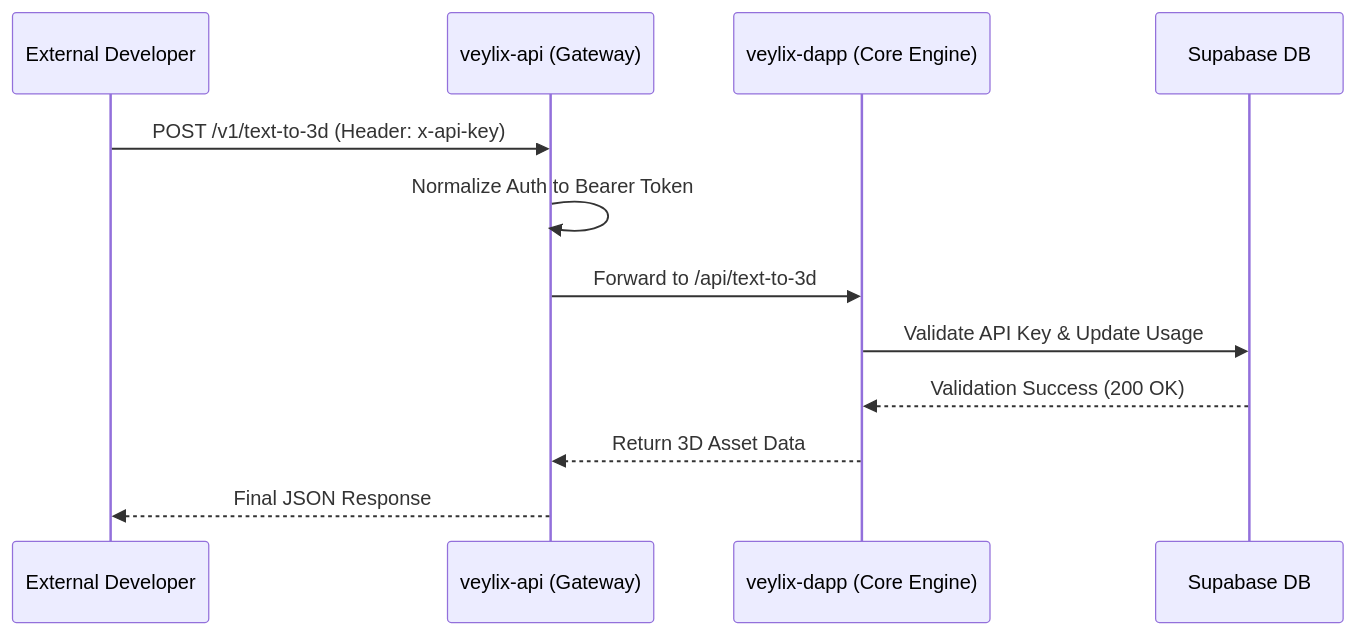
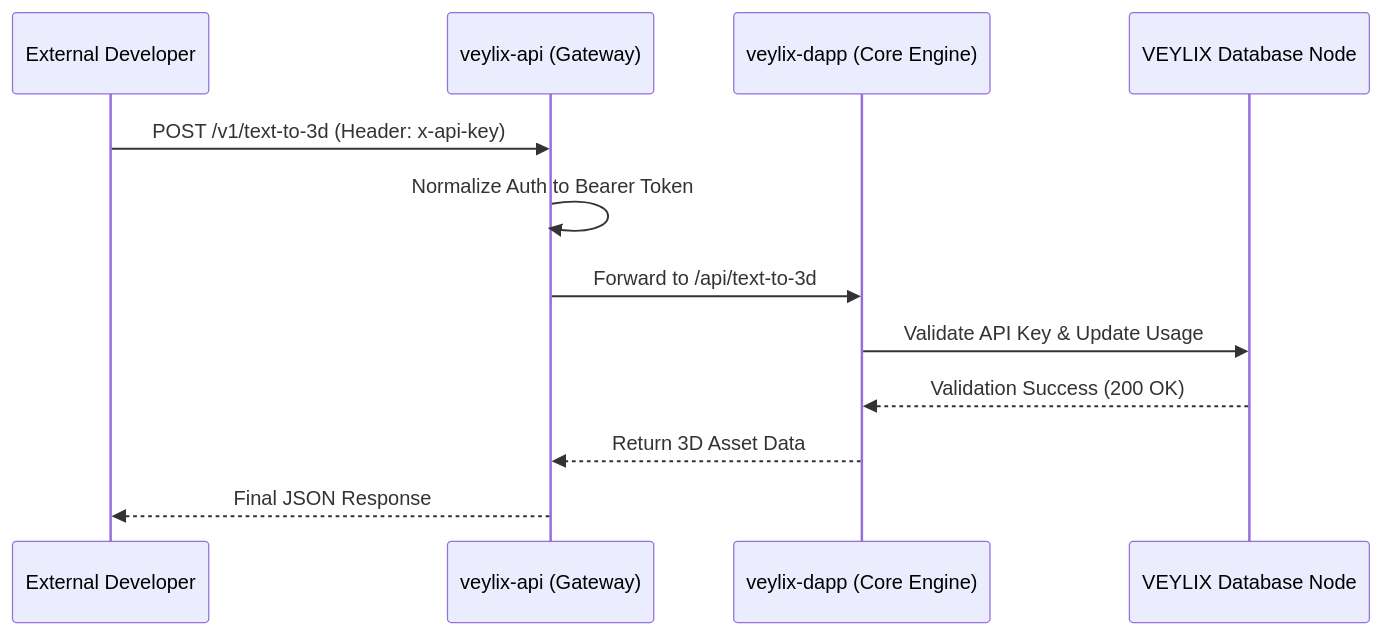
The diagram in README.md (VeylixLabs/veylix-api), drawn with Mermaid before and after one commit.

Commit message:
docs: remove external vendor mentions to maintain white-labeling

````diff
--- a/README.md
+++ b/README.md
@@ -36,15 +36,15 @@
 ```mermaid
 sequenceDiagram
     participant Client as External Developer
     participant Gateway as veylix-api (Gateway)
     participant DApp as veylix-dapp (Core Engine)
-    participant DB as Supabase DB
+    participant DB as VEYLIX Database Node
 
     Client->>Gateway: POST /v1/text-to-3d (Header: x-api-key)
     Gateway->>Gateway: Normalize Auth to Bearer Token
     Gateway->>DApp: Forward to /api/text-to-3d
     DApp->>DB: Validate API Key & Update Usage
     DB-->>DApp: Validation Success (200 OK)
     DApp-->>Gateway: Return 3D Asset Data
     Gateway-->>Client: Final JSON Response
 ```
````
